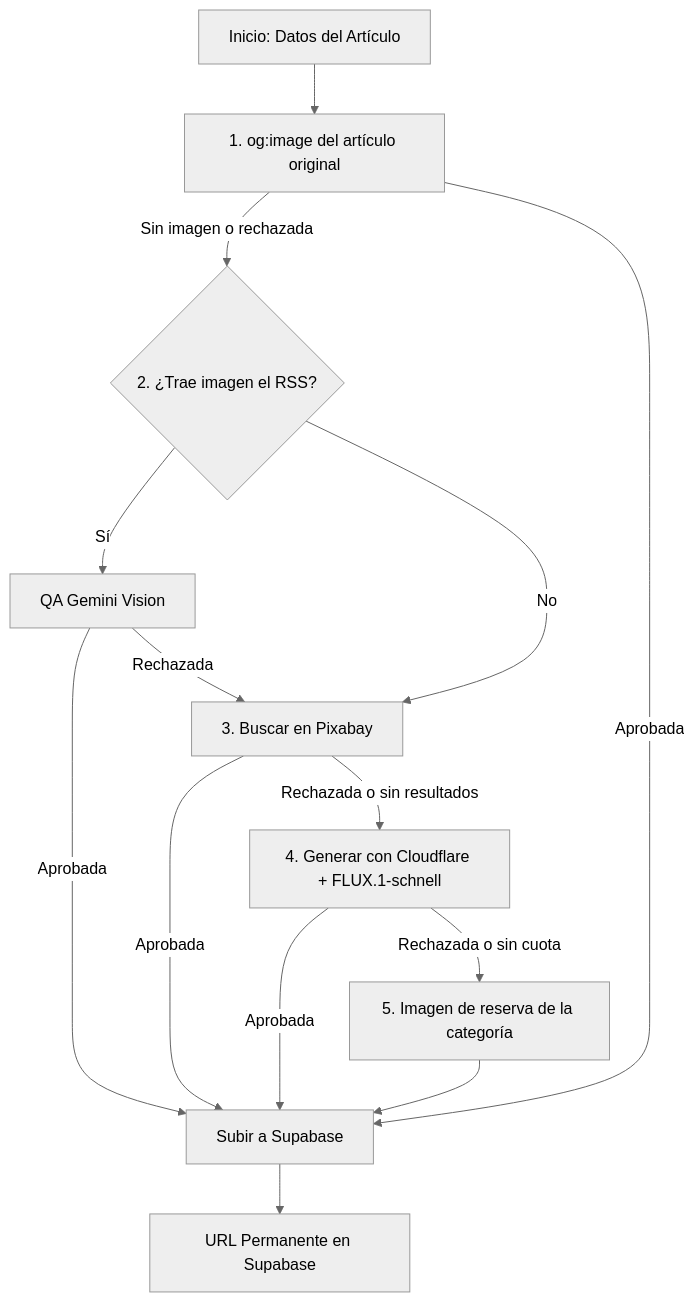
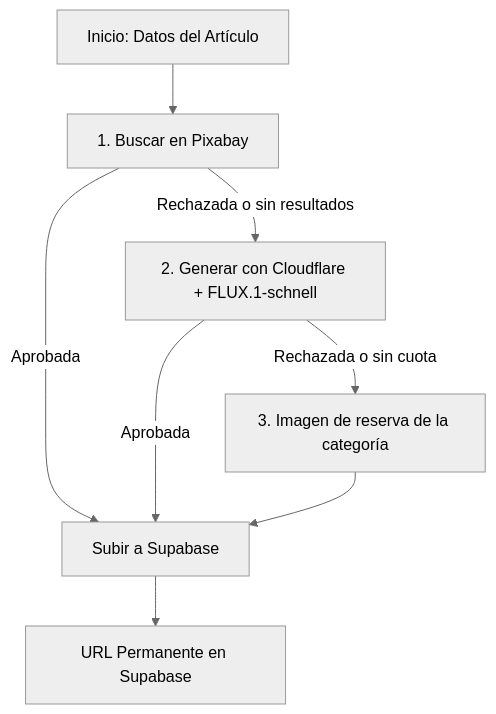
The second of 2 diagrams in docs/04 - Flujos de Trabajo.md (CarlosEmerito/EmeDotEme), drawn with Mermaid (neutral theme) before and after one commit. The commit also changed other lines of this file and 31 other files, not shown here.

````diff
--- a/docs/04 - Flujos de Trabajo.md
+++ b/docs/04 - Flujos de Trabajo.md
@@ -56,16 +56,10 @@
 ```mermaid
 graph TD
-    A[Inicio: Datos del Artículo] --> B[1. og:image del artículo original]
-    B -- Sin imagen o rechazada --> C{2. ¿Trae imagen el RSS?}
-    B -- Aprobada --> F[Subir a Supabase]
-    C -- Sí --> E[QA Gemini Vision]
-    C -- No --> G[3. Buscar en Pixabay]
-    E -- Aprobada --> F
-    E -- Rechazada --> G
-    G -- Aprobada --> F
-    G -- Rechazada o sin resultados --> H[4. Generar con Cloudflare + FLUX.1-schnell]
+    A[Inicio: Datos del Artículo] --> G[1. Buscar en Pixabay]
+    G -- Aprobada --> F[Subir a Supabase]
+    G -- Rechazada o sin resultados --> H[2. Generar con Cloudflare + FLUX.1-schnell]
     H -- Aprobada --> F
-    H -- Rechazada o sin cuota --> I[5. Imagen de reserva de la categoría]
+    H -- Rechazada o sin cuota --> I[3. Imagen de reserva de la categoría]
     I --> F
     F --> L[URL Permanente en Supabase]
 ```
````
